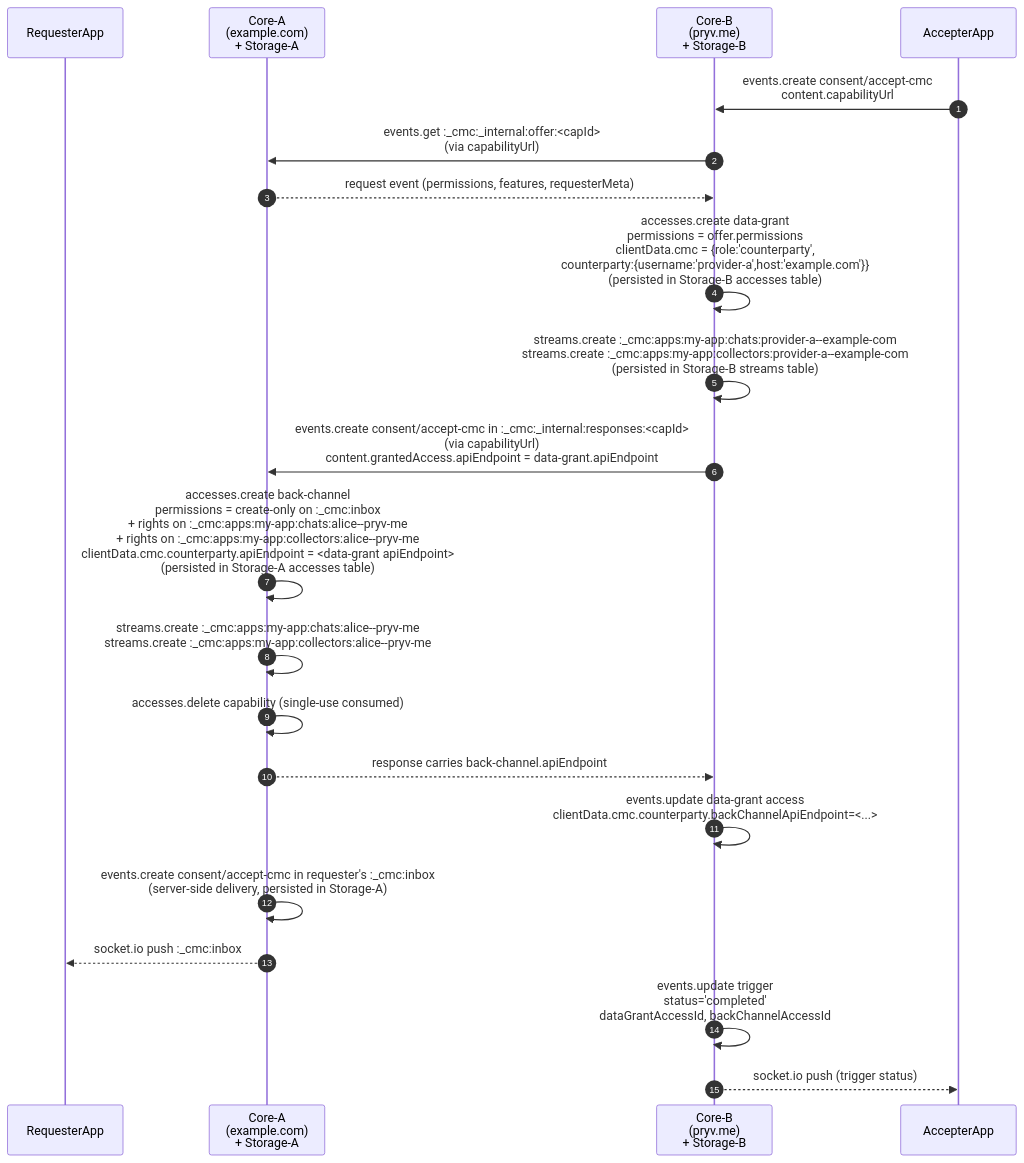
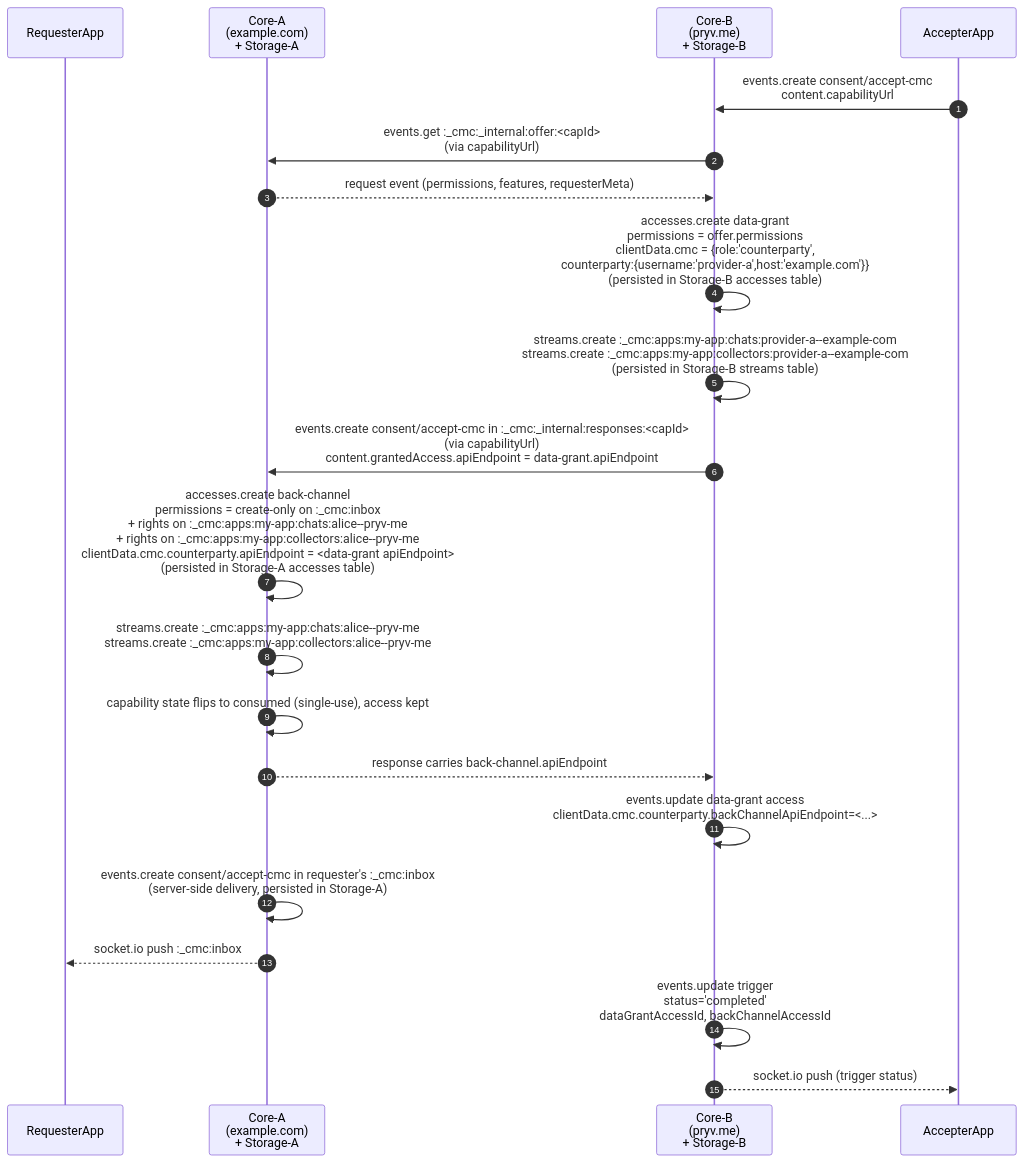
Before and after one commit to pryv/open-pryv.io: the third of 14 diagrams in components/cmc/INTERNALS.md, drawn with Mermaid. The commit also changed other lines of this file and 20 other files, not shown here.

````diff
--- a/components/cmc/INTERNALS.md
+++ b/components/cmc/INTERNALS.md
@@ -131,24 +130,24 @@
 ```mermaid
 sequenceDiagram
     autonumber
     participant RequesterApp
     participant CoreA as Core-A<br/>(example.com)<br/>+ Storage-A
     participant CoreB as Core-B<br/>(pryv.me)<br/>+ Storage-B
     participant AccepterApp
 
     AccepterApp->>CoreB: events.create consent/accept-cmc<br/>content.capabilityUrl
     CoreB->>CoreA: events.get :_cmc:_internal:offer:<capId><br/>(via capabilityUrl)
     CoreA-->>CoreB: request event (permissions, features, requesterMeta)
     CoreB->>CoreB: accesses.create data-grant<br/>permissions = offer.permissions<br/>clientData.cmc = {role:'counterparty',<br/>counterparty:{username:'provider-a',host:'example.com'}}<br/>(persisted in Storage-B accesses table)
     CoreB->>CoreB: streams.create :_cmc:apps:my-app:chats:provider-a--example-com<br/>streams.create :_cmc:apps:my-app:collectors:provider-a--example-com<br/>(persisted in Storage-B streams table)
     CoreB->>CoreA: events.create consent/accept-cmc in :_cmc:_internal:responses:<capId><br/>(via capabilityUrl)<br/>content.grantedAccess.apiEndpoint = data-grant.apiEndpoint
     CoreA->>CoreA: accesses.create back-channel<br/>permissions = create-only on :_cmc:inbox<br/>+ rights on :_cmc:apps:my-app:chats:alice--pryv-me<br/>+ rights on :_cmc:apps:my-app:collectors:alice--pryv-me<br/>clientData.cmc.counterparty.apiEndpoint = <data-grant apiEndpoint><br/>(persisted in Storage-A accesses table)
     CoreA->>CoreA: streams.create :_cmc:apps:my-app:chats:alice--pryv-me<br/>streams.create :_cmc:apps:my-app:collectors:alice--pryv-me
-    CoreA->>CoreA: accesses.delete capability (single-use consumed)
+    CoreA->>CoreA: capability state flips to consumed (single-use), access kept
     CoreA-->>CoreB: response carries back-channel.apiEndpoint
     CoreB->>CoreB: events.update data-grant access<br/>clientData.cmc.counterparty.backChannelApiEndpoint=<...>
     CoreA->>CoreA: events.create consent/accept-cmc in requester's :_cmc:inbox<br/>(server-side delivery, persisted in Storage-A)
     CoreA-->>RequesterApp: socket.io push :_cmc:inbox
     CoreB->>CoreB: events.update trigger<br/>status='completed'<br/>dataGrantAccessId, backChannelAccessId
     CoreB-->>AccepterApp: socket.io push (trigger status)
 ```
````
